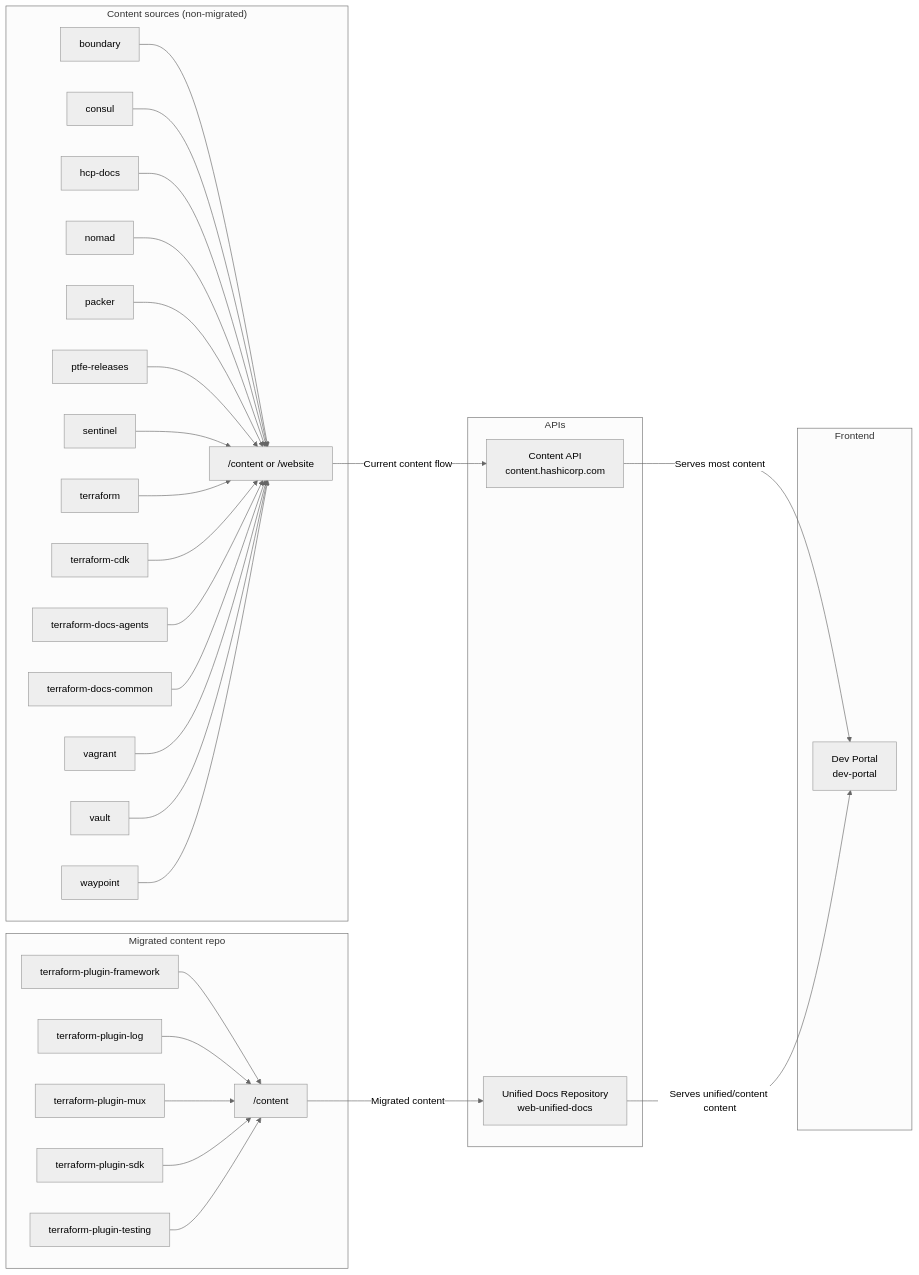
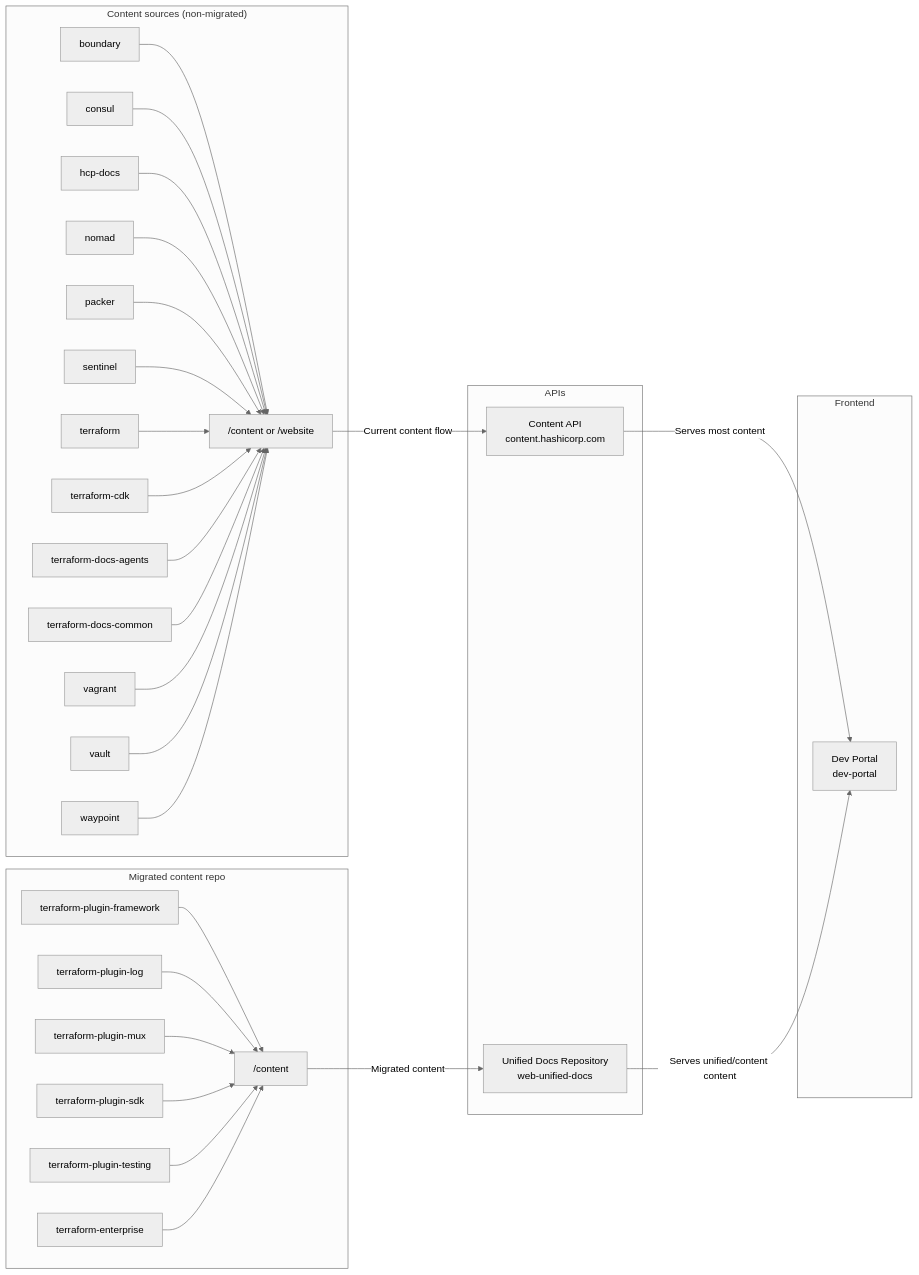
The diagram in README.md (schavis/udr-fork), drawn with Mermaid (neutral theme) before and after one commit. The commit also changed 22098 other files, not shown here.

First line of the commit message:
Rename ptfe-releases to terraform-enterprise (#419)

````diff
--- a/README.md
+++ b/README.md
@@ -13,53 +13,53 @@
 ```mermaid
 graph LR
     subgraph "Content sources (non-migrated)"
         BDY[boundary]
         CSL[consul]
         HCP[hcp-docs]
         NMD[nomad]
         PKR[packer]
-        PTF[ptfe-releases]
         SNT[sentinel]
         TF[terraform]
         TFC[terraform-cdk]
         TFA[terraform-docs-agents]
         TFD[terraform-docs-common]
         VGT[vagrant]
         VLT[vault]
         WPT[waypoint]
 
         CURALL["/content or /website"]
-        BDY & CSL & HCP & NMD & PKR & PTF & SNT & TF & TFC & TFA & TFD & VGT & VLT & WPT --> CURALL
+        BDY & CSL & HCP & NMD & PKR & SNT & TF & TFC & TFA & TFD & VGT & VLT & WPT --> CURALL
     end
 
     subgraph "Migrated content repo"
         TPF[terraform-plugin-framework]
         TPL[terraform-plugin-log]
         TPM[terraform-plugin-mux]
         TPS[terraform-plugin-sdk]
         TPT[terraform-plugin-testing]
+        TFE[terraform-enterprise]
 
         MIGALL["/content"]
-        TPF & TPL & TPM & TPS & TPT --> MIGALL
+        TPF & TPL & TPM & TPS & TPT & TFE --> MIGALL
     end
 
     subgraph "APIs"
         CP[Content API<br>content.hashicorp.com]
         UDR[Unified Docs Repository<br>web-unified-docs]
     end
 
     subgraph "Frontend"
         DP[Dev Portal<br>dev-portal]
     end
 
     %% BDY & CSL & HCP & NMD & PKR & PTF & SNT & TF & TFC & TFA & TFD & VGT & VLT & WPT --> CP
     %% TPF & TPL & TPM & TPS & TPT --> UDR
 
     CURALL -->|Current content flow| CP
     MIGALL -->|Migrated content| UDR
 
     CP -->|Serves most content| DP
     UDR -->|Serves unified/content content| DP
 
     class TPF,TPL,TPM,TPS,TPT,BDY,CSL,HCP,NMD,PKR,PTF,SNT,TF,TFC,TFA,TFD,VGT,VLT,WPT productRepo
 ```
````
